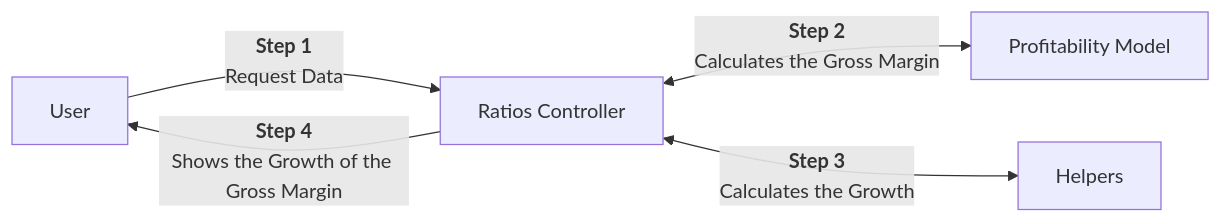
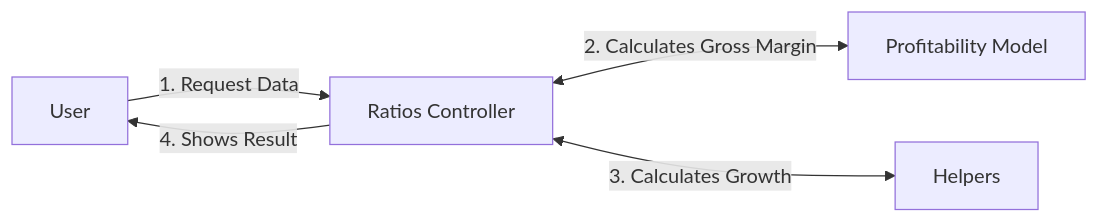
Before and after one commit to JerBouma/jerbouma.github.io: the eighth of 9 diagrams in _pages/coding/structuring-your-model.md, drawn with Mermaid. The commit also changed other lines of this file and 83 other files, not shown here.

```diff
--- a/_pages/coding/structuring-your-model.md
+++ b/_pages/coding/structuring-your-model.md
@@ -246,8 +246,8 @@
 <div class="mermaid">
 flowchart LR;
 
-Step0["User"] -- <b>Step 1<br></b>Request Data -->  Step4["Ratios Controller"]
-Step4["Ratios Controller"] <-- <b>Step 2<br></b>Calculates the Gross Margin --> Step2["Profitability Model"]
-Step4["Ratios Controller"] <-- <b>Step 3<br></b>Calculates the Growth --> Step3["Helpers"]
-Step4["Ratios Controller"] -- <b>Step 4<br></b>Shows the Growth of the Gross Margin --> Step0["User"]
+Step0["User"] -- "1. Request Data" -->  Step4["Ratios Controller"]
+Step4["Ratios Controller"] <-- "2. Calculates Gross Margin" --> Step2["Profitability Model"]
+Step4["Ratios Controller"] <-- "3. Calculates Growth" --> Step3["Helpers"]
+Step4["Ratios Controller"] -- "4. Shows Result" --> Step0["User"]
 </div>
```
